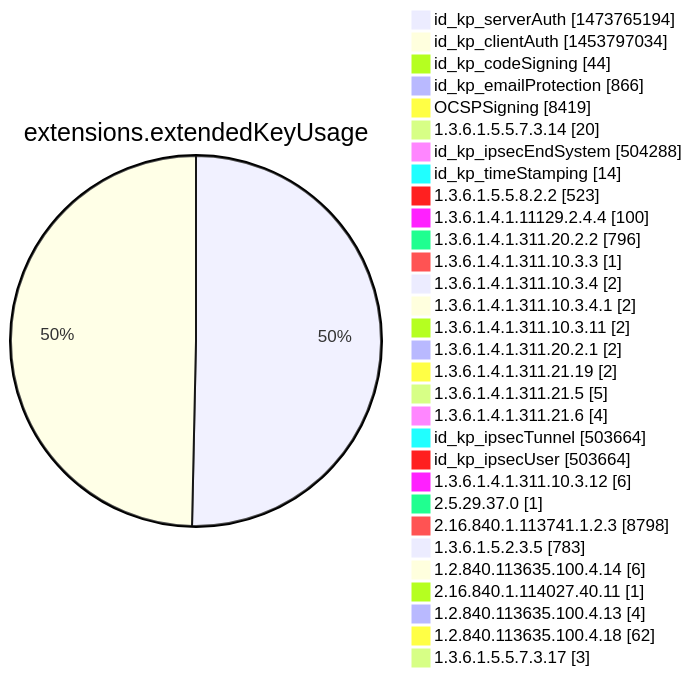
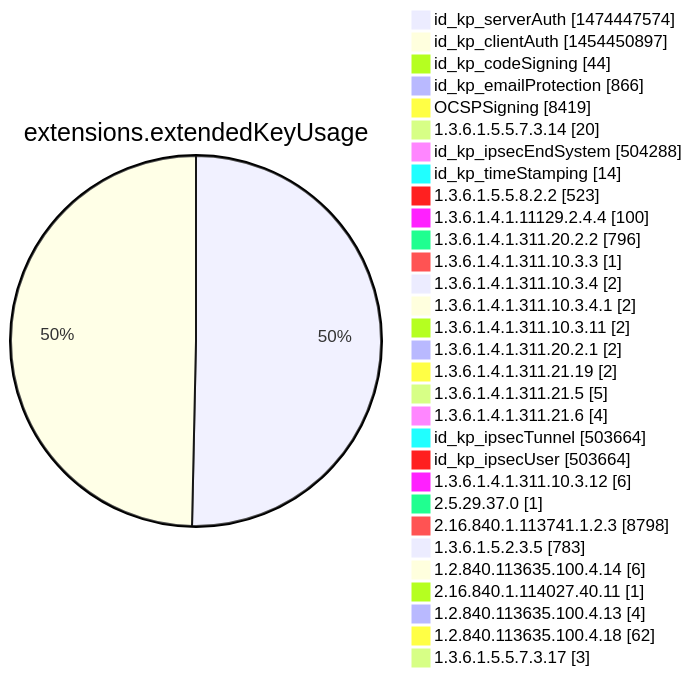
Diagram 12 of 15 in argon2022/README.md (christiankrug/ctmonitor_visualization), drawn with Mermaid before and after one commit. The commit also changed other lines of this file, not shown here.

````diff
--- a/argon2022/README.md
+++ b/argon2022/README.md
@@ -3555,34 +3555,34 @@
 ```mermaid
 pie showData
 title extensions.extendedKeyUsage
-"id_kp_serverAuth" :1473765194
-"id_kp_clientAuth" :1453797034
+"id_kp_serverAuth" :1474447574
+"id_kp_clientAuth" :1454450897
 "id_kp_codeSigning" :44
 "id_kp_emailProtection" :866
 "OCSPSigning" :8419
 "1.3.6.1.5.5.7.3.14" :20
 "id_kp_ipsecEndSystem" :504288
 "id_kp_timeStamping" :14
 "1.3.6.1.5.5.8.2.2" :523
 "1.3.6.1.4.1.11129.2.4.4" :100
 "1.3.6.1.4.1.311.20.2.2" :796
 "1.3.6.1.4.1.311.10.3.3" :1
 "1.3.6.1.4.1.311.10.3.4" :2
 "1.3.6.1.4.1.311.10.3.4.1" :2
 "1.3.6.1.4.1.311.10.3.11" :2
 "1.3.6.1.4.1.311.20.2.1" :2
 "1.3.6.1.4.1.311.21.19" :2
 "1.3.6.1.4.1.311.21.5" :5
 "1.3.6.1.4.1.311.21.6" :4
 "id_kp_ipsecTunnel" :503664
 "id_kp_ipsecUser" :503664
 "1.3.6.1.4.1.311.10.3.12" :6
 "2.5.29.37.0" :1
 "2.16.840.1.113741.1.2.3" :8798
 "1.3.6.1.5.2.3.5" :783
 "1.2.840.113635.100.4.14" :6
 "2.16.840.1.114027.40.11" :1
 "1.2.840.113635.100.4.13" :4
 "1.2.840.113635.100.4.18" :62
 "1.3.6.1.5.5.7.3.17" :3
 ```
````
